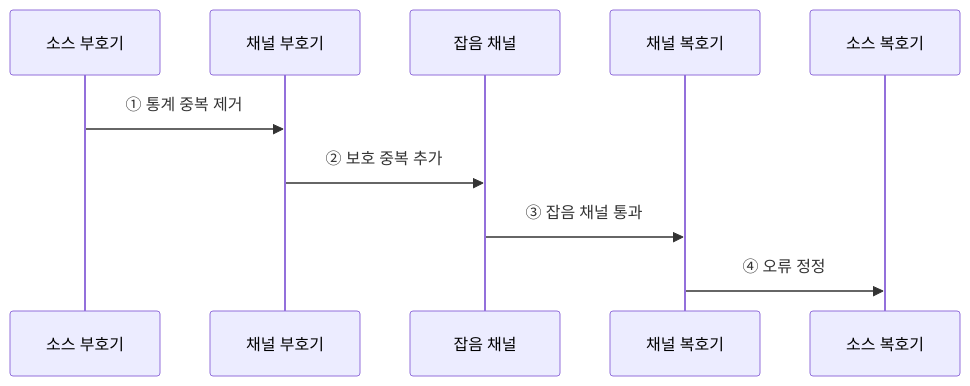
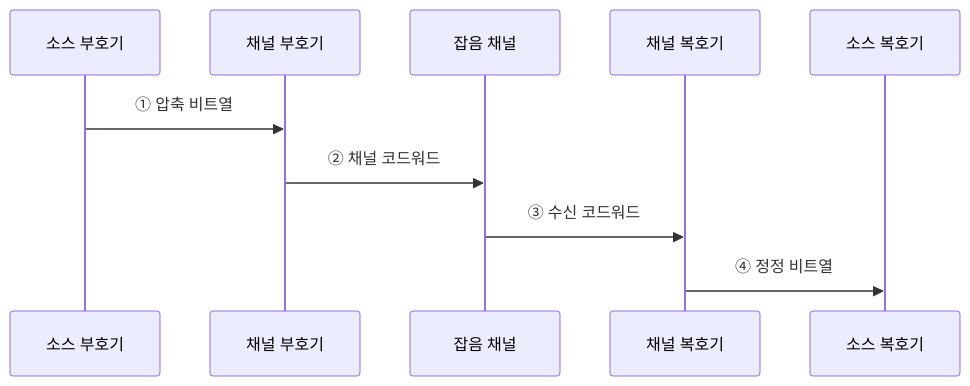
The second of 2 diagrams in src/content/docs/notes/01-basic-theory/030_source_vs_channel_coding.md (agnusdei1207/knowledge-base), drawn with Mermaid before and after one commit. The commit also changed other lines of this file and 11 other files, not shown here.

````diff
--- a/src/content/docs/notes/01-basic-theory/030_source_vs_channel_coding.md
+++ b/src/content/docs/notes/01-basic-theory/030_source_vs_channel_coding.md
@@ -90,12 +80,12 @@
 ```mermaid
 sequenceDiagram
     participant SE as 소스 부호기
     participant CE as 채널 부호기
     participant CH as 잡음 채널
     participant CD as 채널 복호기
     participant SD as 소스 복호기
-    SE->>CE: ① 통계 중복 제거
-    CE->>CH: ② 보호 중복 추가
-    CH->>CD: ③ 잡음 채널 통과
-    CD->>SD: ④ 오류 정정
+    SE->>CE: ① 압축 비트열
+    CE->>CH: ② 채널 코드워드
+    CH->>CD: ③ 수신 코드워드
+    CD->>SD: ④ 정정 비트열
 ```
````
